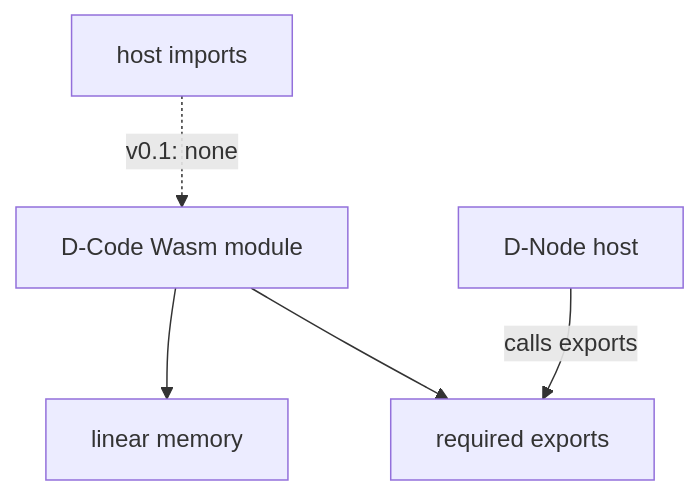
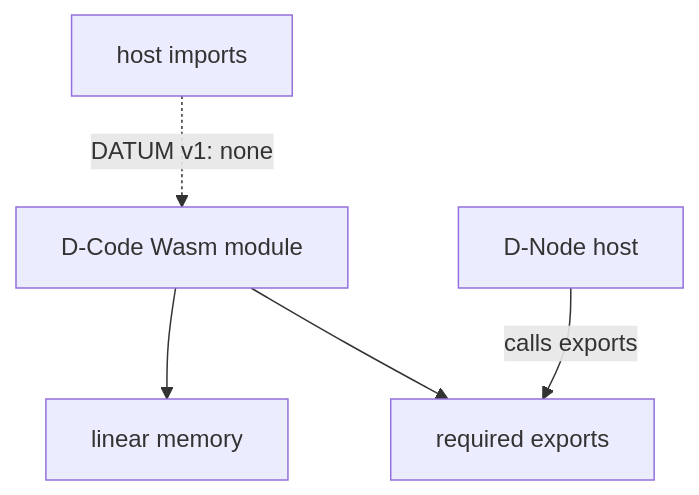
Before and after one commit to dnredson/datum-docs: the second of 6 diagrams in docs/concepts/webassembly-and-dcode.md, drawn with Mermaid. The commit also changed other lines of this file, not shown here.

Commit message:
docs: present WebAssembly and D-Code as DATUM v1

````diff
--- a/docs/concepts/webassembly-and-dcode.md
+++ b/docs/concepts/webassembly-and-dcode.md
@@ -39,13 +39,13 @@
 ```mermaid
 flowchart TB
     HOST["D-Node host"]
     WASM["D-Code Wasm module"]
     MEM["linear memory"]
     EXP["required exports"]
     IMP["host imports"]
 
     WASM --> MEM
     WASM --> EXP
     HOST -->|"calls exports"| EXP
-    IMP -. "v0.1: none" .-> WASM
+    IMP -. "DATUM v1: none" .-> WASM
 ```
````
